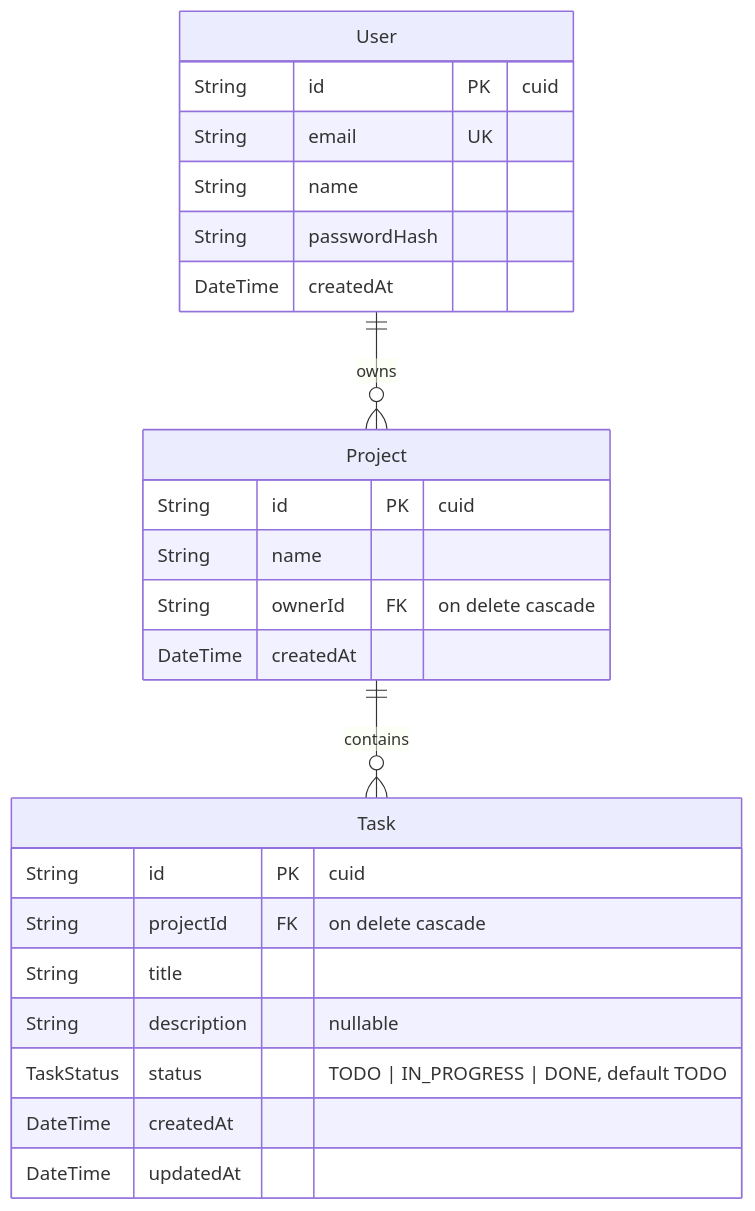
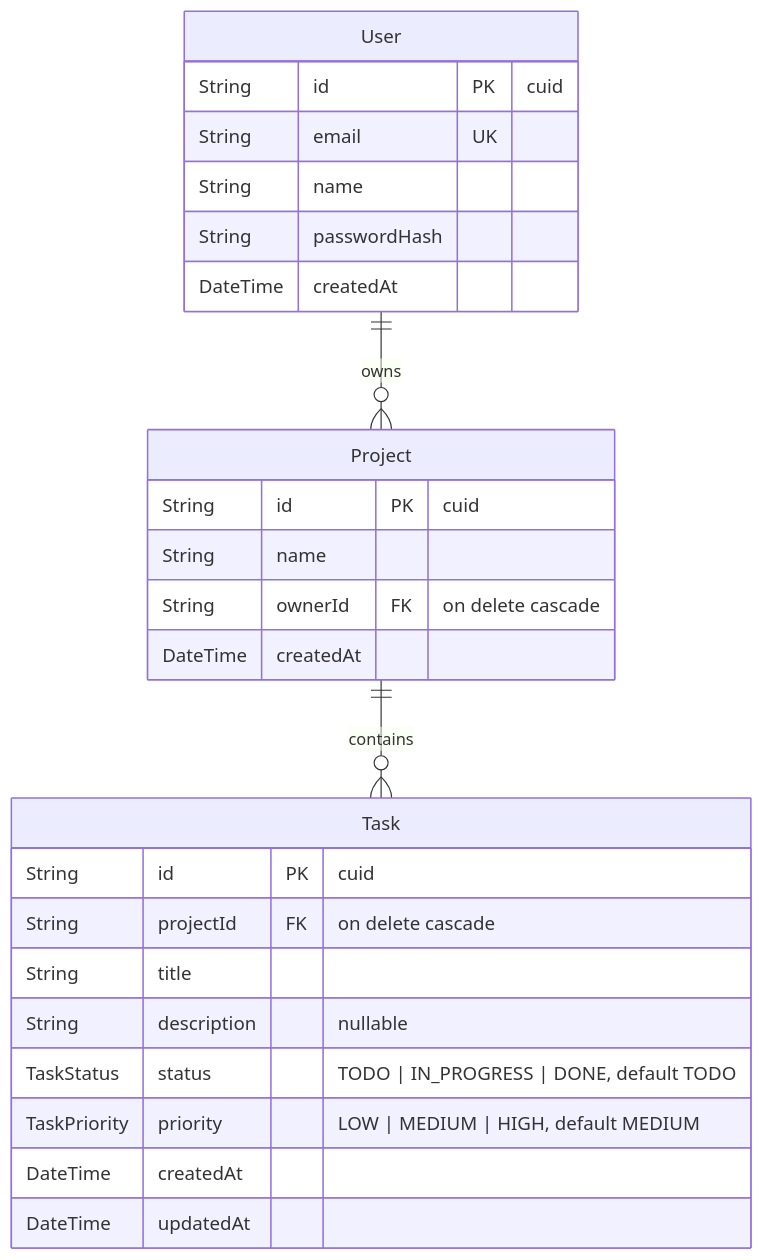
One commit to stone-coding/team-task-board-copilot changed the fourth of 4 diagrams in docs/architecture.md. Above: the diagram before and after it, drawn with Mermaid. The commit also changed 5 other files, not shown here.

First line of the commit message:
docs(#47): document task priority in the PRD, ER diagram, README, DESIGN.md, and screenshots

````diff
--- a/docs/architecture.md
+++ b/docs/architecture.md
@@ -69,28 +69,29 @@
 ```mermaid
 erDiagram
   User ||--o{ Project : owns
   Project ||--o{ Task : contains
 
   User {
     String id PK "cuid"
     String email UK
     String name
     String passwordHash
     DateTime createdAt
   }
   Project {
     String id PK "cuid"
     String name
     String ownerId FK "on delete cascade"
     DateTime createdAt
   }
   Task {
     String id PK "cuid"
     String projectId FK "on delete cascade"
     String title
     String description "nullable"
     TaskStatus status "TODO | IN_PROGRESS | DONE, default TODO"
+    TaskPriority priority "LOW | MEDIUM | HIGH, default MEDIUM"
     DateTime createdAt
     DateTime updatedAt
   }
 ```
````
